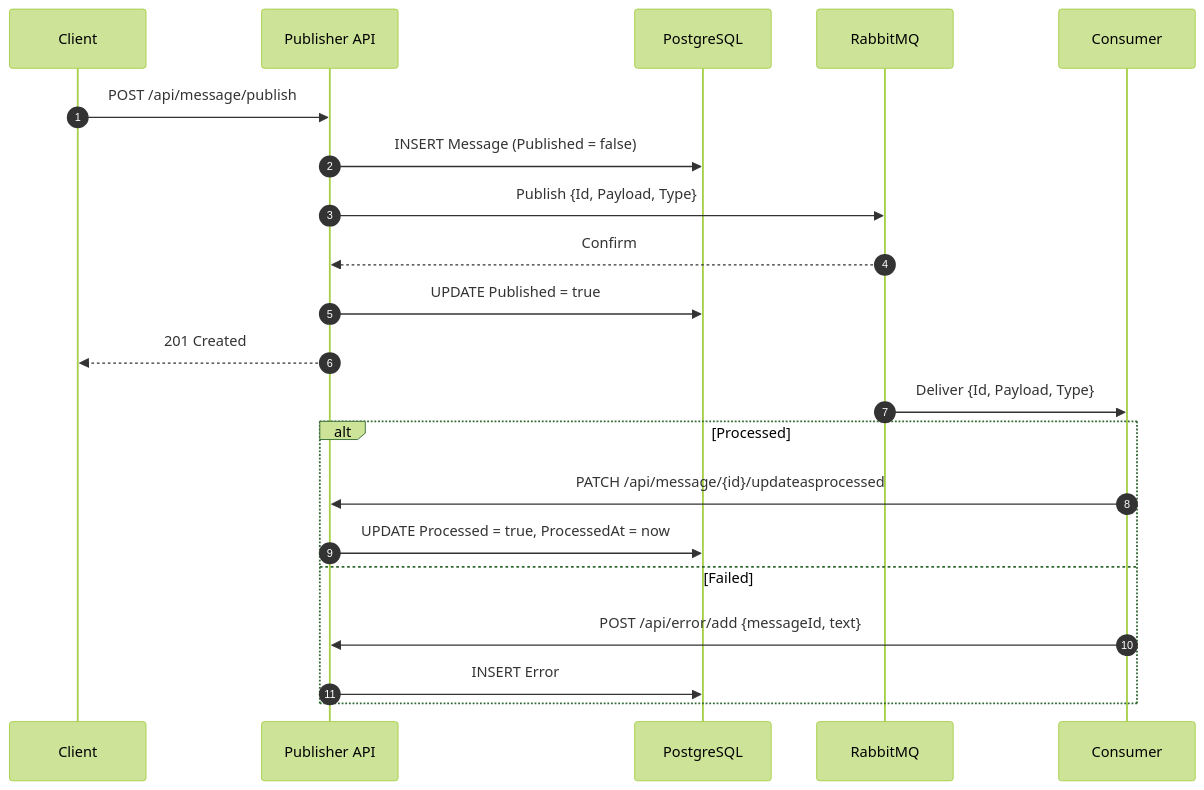
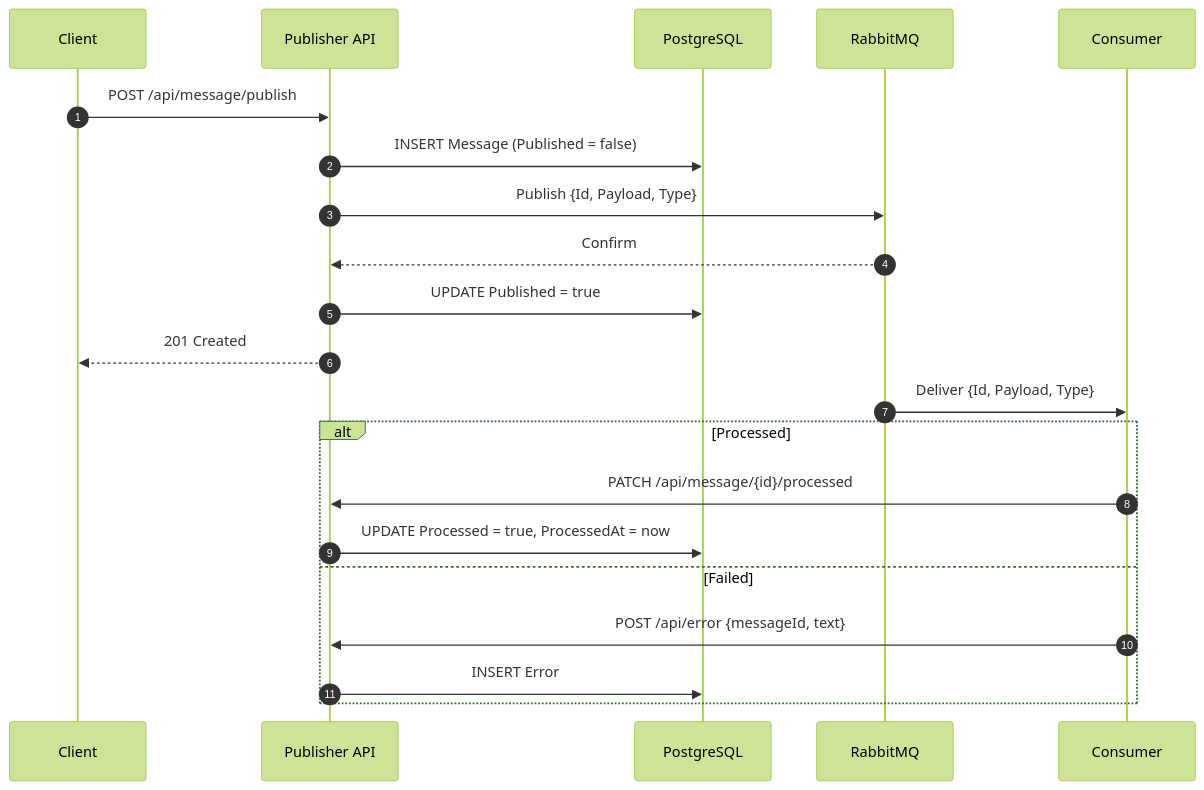
The first of 6 diagrams in README.md (Judamaro/rabbitmqpublisher-dotnet), drawn with Mermaid (forest theme) before and after one commit. The commit also changed other lines of this file and 2 other files, not shown here.

First line of the commit message:
refactor(api)!: use REST routes for errors and processed messages

````diff
--- a/README.md
+++ b/README.md
@@ -117,24 +120,24 @@
 ```mermaid
 sequenceDiagram
     autonumber
     participant Client
     participant API as Publisher API
     participant DB as PostgreSQL
     participant MQ as RabbitMQ
     participant Consumer
 
     Client->>API: POST /api/message/publish
     API->>DB: INSERT Message (Published = false)
     API->>MQ: Publish {Id, Payload, Type}
     MQ-->>API: Confirm
     API->>DB: UPDATE Published = true
     API-->>Client: 201 Created
     MQ->>Consumer: Deliver {Id, Payload, Type}
     alt Processed
-        Consumer->>API: PATCH /api/message/{id}/updateasprocessed
+        Consumer->>API: PATCH /api/message/{id}/processed
         API->>DB: UPDATE Processed = true, ProcessedAt = now
     else Failed
-        Consumer->>API: POST /api/error/add {messageId, text}
+        Consumer->>API: POST /api/error {messageId, text}
         API->>DB: INSERT Error
     end
 ```
````
